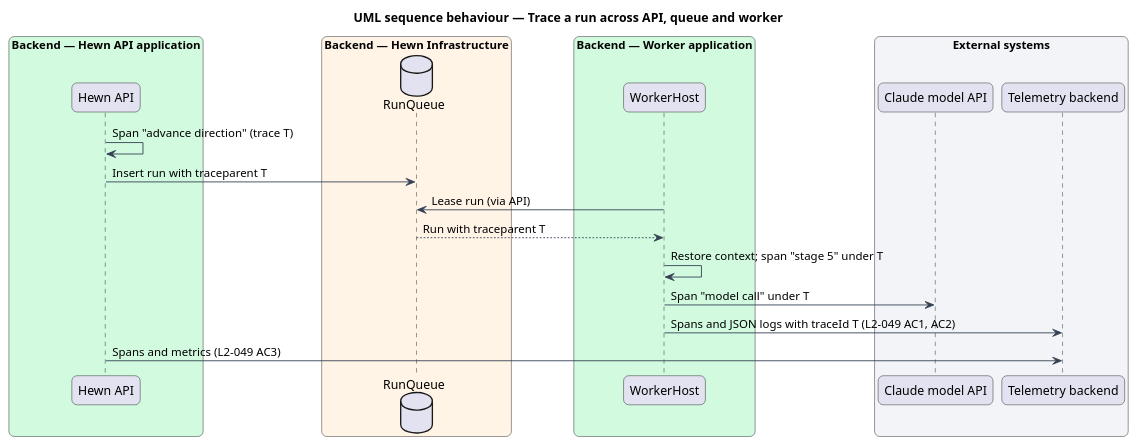
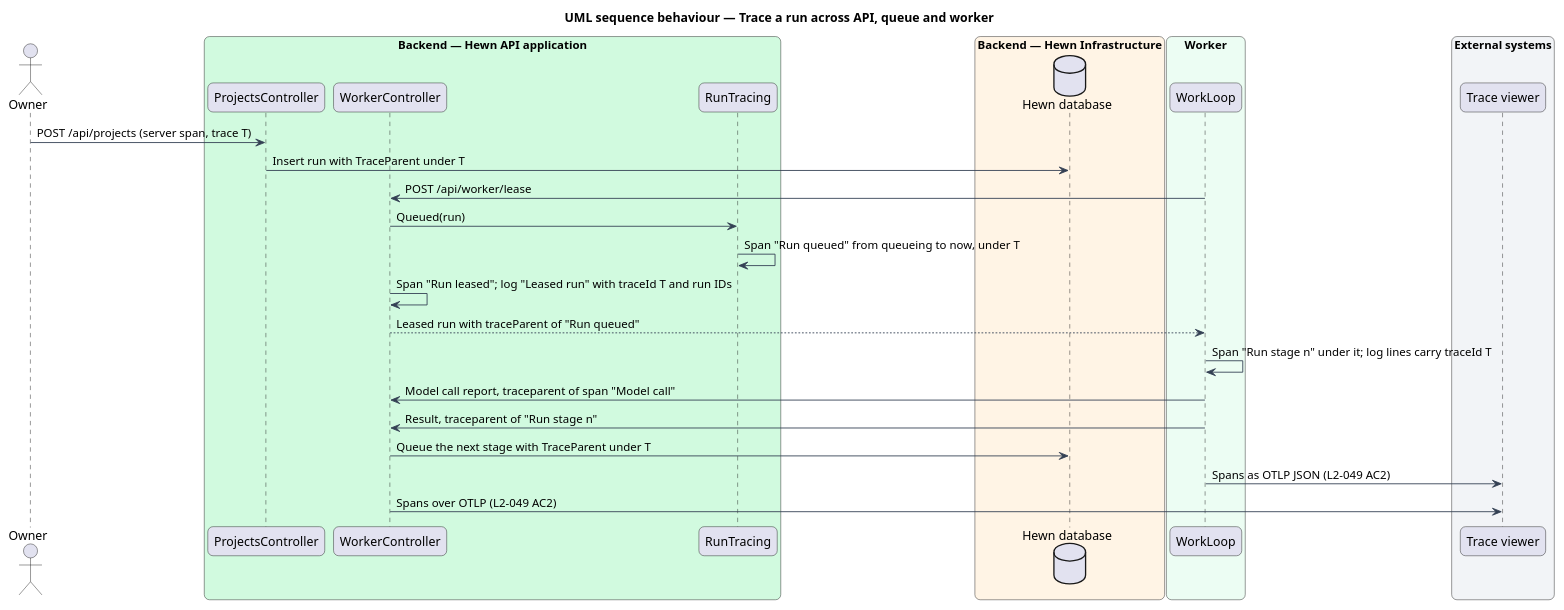
The diagram in docs/detailed-designs/operations/observability-and-health/diagrams/sequence-trace-a-run.puml (QuinntyneBrown/hewn), drawn with PlantUML before and after one commit. The commit also changed 71 other files, not shown here.

```diff
--- a/docs/detailed-designs/operations/observability-and-health/diagrams/sequence-trace-a-run.puml
+++ b/docs/detailed-designs/operations/observability-and-health/diagrams/sequence-trace-a-run.puml
@@ -1,39 +1,37 @@
 @startuml
 title UML sequence behaviour — Trace a run across API, queue and worker
 skinparam backgroundColor #FFFFFF
 skinparam shadowing false
 skinparam roundcorner 12
 skinparam defaultFontName Arial
 skinparam ArrowColor #344054
-skinparam rectangle {
-  BorderColor #344054
-  FontColor #101828
-}
-skinparam package {
-  BorderColor #667085
-  FontColor #101828
-  BackgroundColor #F9FAFB
-}
 skinparam sequenceMessageAlign left
+actor "Owner" as owner
 box "Backend — Hewn API application" #D1FADF
-  participant "Hewn API" as api
+  participant "ProjectsController" as projects
+  participant "WorkerController" as wc
+  participant "RunTracing" as rt
 end box
 box "Backend — Hewn Infrastructure" #FFF4E5
-  database "RunQueue" as db
+  database "Hewn database" as db
 end box
-box "Backend — Worker application" #D1FADF
-  participant "WorkerHost" as worker
+box "Worker" #ECFDF3
+  participant "WorkLoop" as worker
 end box
 box "External systems" #F2F4F7
-  participant "Claude model API" as claude
-  participant "Telemetry backend" as tel
+  participant "Trace viewer" as tel
 end box
-api -> api : Span "advance direction" (trace T)
-api -> db : Insert run with traceparent T
-worker -> db : Lease run (via API)
-db --> worker : Run with traceparent T
-worker -> worker : Restore context; span "stage 5" under T
-worker -> claude : Span "model call" under T
-worker -> tel : Spans and JSON logs with traceId T (L2-049 AC1, AC2)
-api -> tel : Spans and metrics (L2-049 AC3)
+owner -> projects : POST /api/projects (server span, trace T)
+projects -> db : Insert run with TraceParent under T
+worker -> wc : POST /api/worker/lease
+wc -> rt : Queued(run)
+rt -> rt : Span "Run queued" from queueing to now, under T
+wc -> wc : Span "Run leased"; log "Leased run" with traceId T and run IDs
+wc --> worker : Leased run with traceParent of "Run queued"
+worker -> worker : Span "Run stage n" under it; log lines carry traceId T
+worker -> wc : Model call report, traceparent of span "Model call"
+worker -> wc : Result, traceparent of "Run stage n"
+wc -> db : Queue the next stage with TraceParent under T
+worker -> tel : Spans as OTLP JSON (L2-049 AC2)
+wc -> tel : Spans over OTLP (L2-049 AC2)
 @enduml
```
